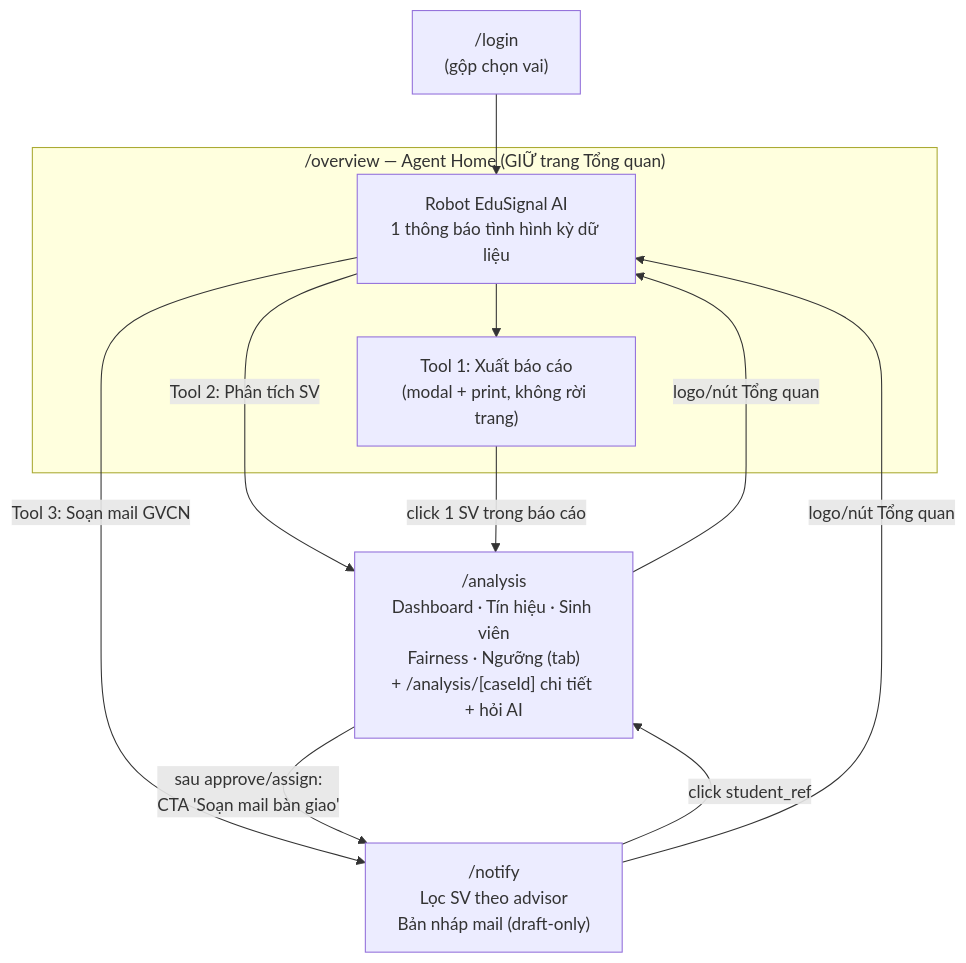
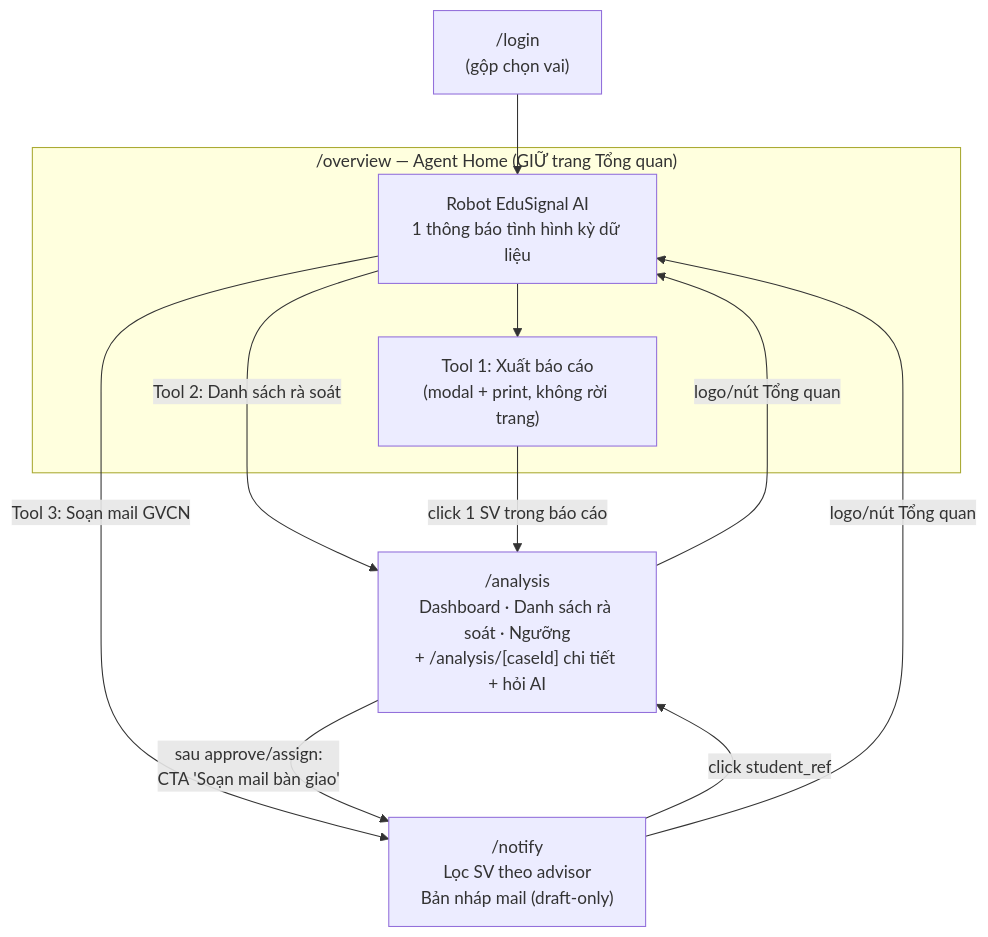
The diagram in plan.md (phanthutrang410/ABG_team), drawn with Mermaid before and after one commit. The commit also changed other lines of this file and 1 other file, not shown here.

First line of the commit message:
feat: focus management dashboard on review queue and update plan

````diff
--- a/plan.md
+++ b/plan.md
@@ -29,15 +29,15 @@
 ```mermaid
 flowchart TD
     L["/login<br/>(gộp chọn vai)"] --> O
     subgraph HUB["/overview — Agent Home (GIỮ trang Tổng quan)"]
         O["Robot EduSignal AI<br/>1 thông báo tình hình kỳ dữ liệu"]
         O --> T1["Tool 1: Xuất báo cáo<br/>(modal + print, không rời trang)"]
     end
-    O -->|"Tool 2: Phân tích SV"| A["/analysis<br/>Dashboard · Tín hiệu · Sinh viên<br/>Fairness · Ngưỡng (tab)<br/>+ /analysis/[caseId] chi tiết + hỏi AI"]
+    O -->|"Tool 2: Danh sách rà soát"| A["/analysis<br/>Dashboard · Danh sách rà soát · Ngưỡng<br/>+ /analysis/[caseId] chi tiết + hỏi AI"]
     O -->|"Tool 3: Soạn mail GVCN"| N["/notify<br/>Lọc SV theo advisor<br/>Bản nháp mail (draft-only)"]
     T1 -->|"click 1 SV trong báo cáo"| A
     A -->|"sau approve/assign:<br/>CTA 'Soạn mail bàn giao'"| N
     N -->|"click student_ref"| A
     A -->|"logo/nút Tổng quan"| O
     N -->|"logo/nút Tổng quan"| O
 ```
````
